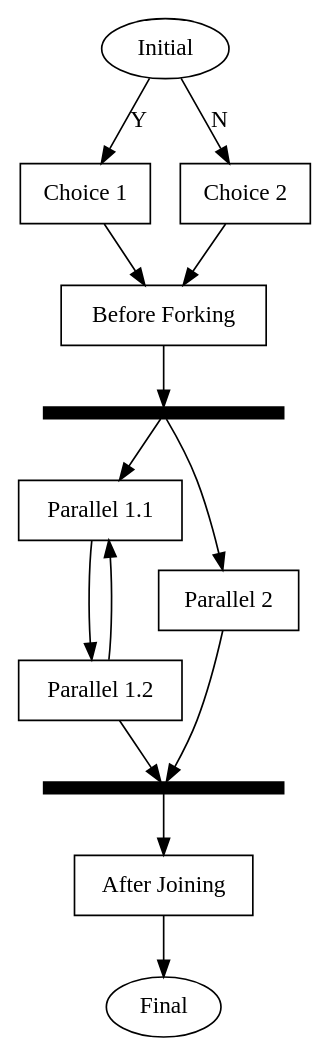
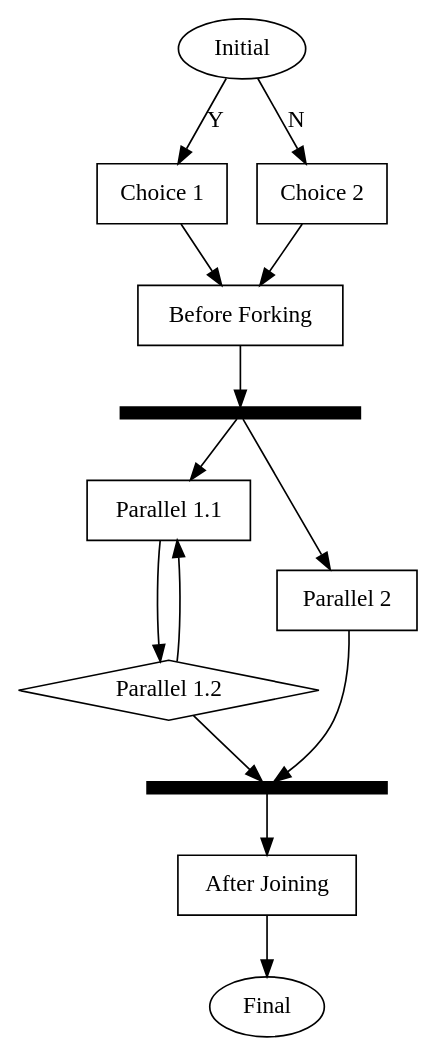
Before and after one commit to emden-norfolk/fountainedge: the diagram in images/test6.dot, drawn with Graphviz. The commit also changed 12 other files, not shown here.

```diff
--- a/images/test6.dot
+++ b/images/test6.dot
@@ -1,29 +1,29 @@
 digraph G {
 
   v0 [label="Initial",id="1",shape="oval",color="black"]
   v1 [label="Choice 1",id="2",shape="box",color="black"]
   v2 [label="Choice 2",id="3",shape="box",color="black"]
   v3 [label="Before Forking",id="4",shape="box",color="black"]
   v4 [label="",id="5",shape="box",style="filled",fillcolor="black",height="0.1",width="2",fixedsize="true",xlabel="",fontcolor="red"]
   v5 [label="Parallel 1.1",id="6",shape="box",color="black"]
-  v6 [label="Parallel 1.2",id="7",shape="box",color="black"]
+  v6 [label="Parallel 1.2",id="7",shape="diamond",color="black"]
   v7 [label="Parallel 2",id="8",shape="box",color="black"]
   v8 [label="",id="9",shape="box",style="filled",fillcolor="black",height="0.1",width="2",fixedsize="true",xlabel="",fontcolor="red"]
   v9 [label="After Joining",id="10",shape="box",color="black"]
   v10 [label="Final",id="11",shape="oval",color="black"]
 
   v0 -> v1 [label="Y"]
   v0 -> v2 [label="N"]
   v1 -> v3
   v2 -> v3
   v3 -> v4
   v4 -> v5
   v4 -> v7
   v5 -> v6
   v6 -> v5
   v6 -> v8
   v7 -> v8
   v8 -> v9
   v9 -> v10
 
 }
```
